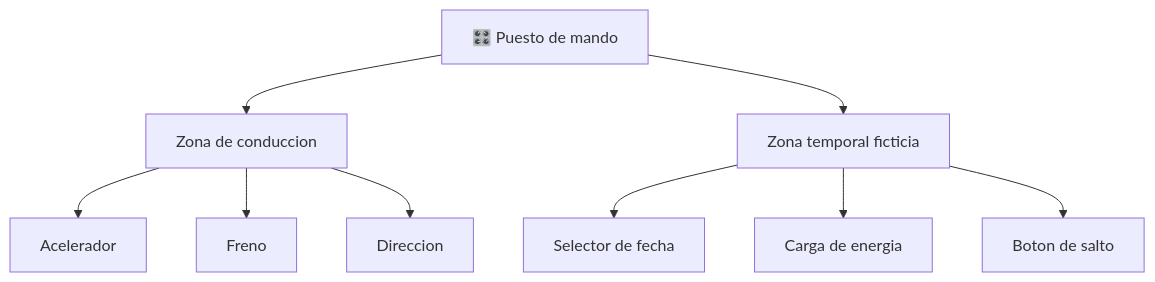
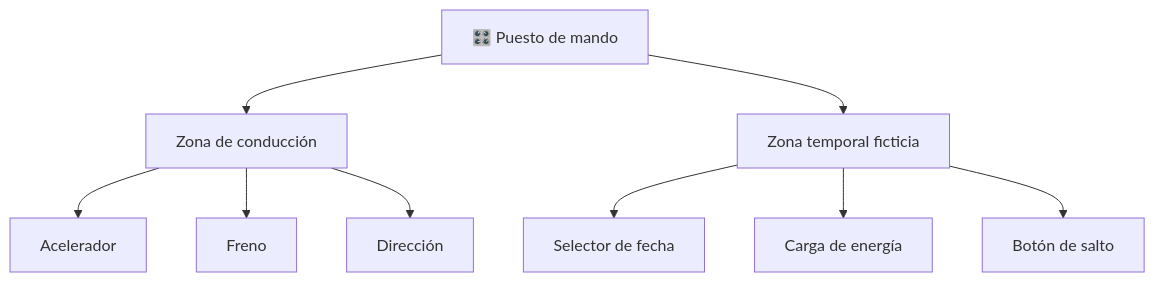
Before and after one commit to vladimiracunadev-create/machine-operator-program: the diagram in vehiculos-fantasticos/delorean/mandos/manual-mandos-delorean.md, drawn with Mermaid. The commit also changed other lines of this file and 442 other files, not shown here.

````diff
--- a/vehiculos-fantasticos/delorean/mandos/manual-mandos-delorean.md
+++ b/vehiculos-fantasticos/delorean/mandos/manual-mandos-delorean.md
@@ -24,11 +24,11 @@
 ```mermaid
 flowchart TD
-    Puesto[🎛️ Puesto de mando] --> Conduccion[Zona de conduccion]
+    Puesto[🎛️ Puesto de mando] --> Conduccion[Zona de conducción]
     Puesto --> Temporal[Zona temporal ficticia]
     Conduccion --> Acel[Acelerador]
     Conduccion --> Freno[Freno]
-    Conduccion --> Dir[Direccion]
+    Conduccion --> Dir[Dirección]
     Temporal --> Fecha[Selector de fecha]
-    Temporal --> Carga[Carga de energia]
-    Temporal --> Activar[Boton de salto]
+    Temporal --> Carga[Carga de energía]
+    Temporal --> Activar[Botón de salto]
 ```
````
